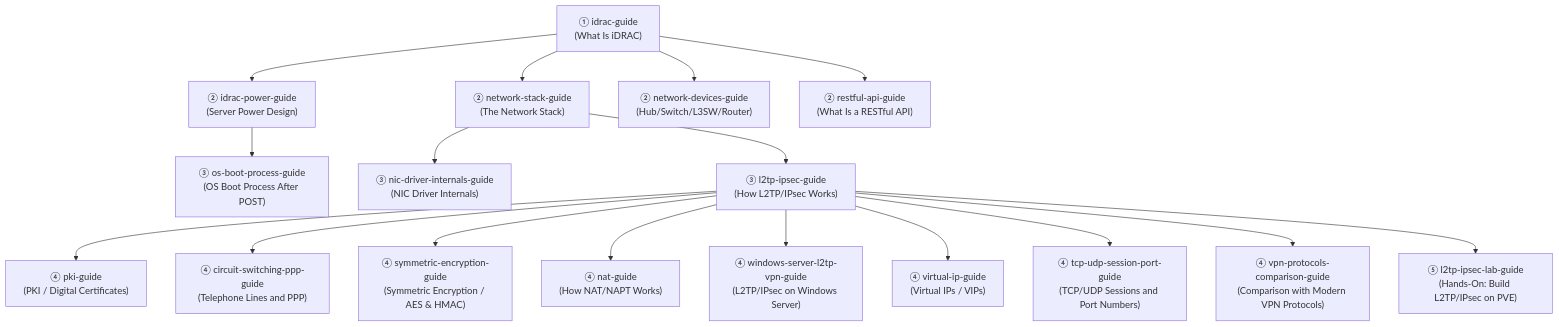
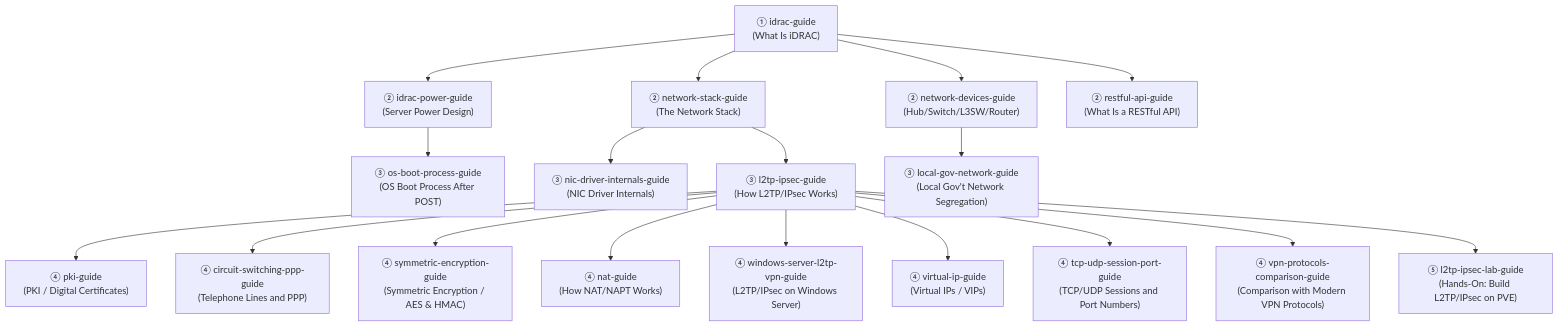
One commit to koikoi1998/koikoi-blog-20260723 changed the diagram in src/pages/en/sitemap.md. Above: the diagram before and after it, drawn with Mermaid. The commit also changed other lines of this file and 7 other files, not shown here.

First line of the commit message:
自治体ネットワークの三層分離記事を新設し、network-devices-guideのVLAN節から深掘りリンクを追加

````diff
--- a/src/pages/en/sitemap.md
+++ b/src/pages/en/sitemap.md
@@ -20,37 +20,39 @@
 ```mermaid
 graph TB
     Idrac["① idrac-guide<br/>(What Is iDRAC)"]
     Power["② idrac-power-guide<br/>(Server Power Design)"]
     Net["② network-stack-guide<br/>(The Network Stack)"]
     Devices["② network-devices-guide<br/>(Hub/Switch/L3SW/Router)"]
     Api["② restful-api-guide<br/>(What Is a RESTful API)"]
     Boot["③ os-boot-process-guide<br/>(OS Boot Process After POST)"]
     Nic["③ nic-driver-internals-guide<br/>(NIC Driver Internals)"]
     L2tp["③ l2tp-ipsec-guide<br/>(How L2TP/IPsec Works)"]
+    GovNet["③ local-gov-network-guide<br/>(Local Gov't Network Segregation)"]
     Pki["④ pki-guide<br/>(PKI / Digital Certificates)"]
     Circuit["④ circuit-switching-ppp-guide<br/>(Telephone Lines and PPP)"]
     Sym["④ symmetric-encryption-guide<br/>(Symmetric Encryption / AES & HMAC)"]
     Nat["④ nat-guide<br/>(How NAT/NAPT Works)"]
     Winvpn["④ windows-server-l2tp-vpn-guide<br/>(L2TP/IPsec on Windows Server)"]
     Vip["④ virtual-ip-guide<br/>(Virtual IPs / VIPs)"]
     TcpUdp["④ tcp-udp-session-port-guide<br/>(TCP/UDP Sessions and Port Numbers)"]
     VpnCompare["④ vpn-protocols-comparison-guide<br/>(Comparison with Modern VPN Protocols)"]
     L2tpLab["⑤ l2tp-ipsec-lab-guide<br/>(Hands-On: Build L2TP/IPsec on PVE)"]
 
     Idrac --> Power
     Idrac --> Net
     Idrac --> Devices
     Idrac --> Api
     Power --> Boot
     Net --> Nic
     Net --> L2tp
+    Devices --> GovNet
     L2tp --> Pki
     L2tp --> Circuit
     L2tp --> Sym
     L2tp --> Nat
     L2tp --> Winvpn
     L2tp --> Vip
     L2tp --> TcpUdp
     L2tp --> VpnCompare
     L2tp --> L2tpLab
 ```
````
